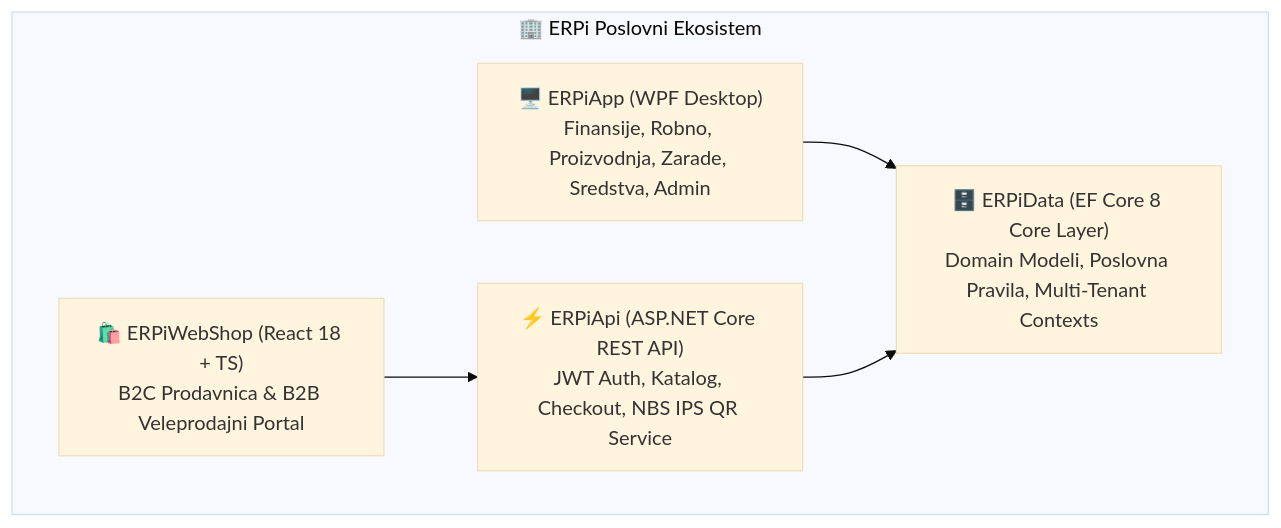
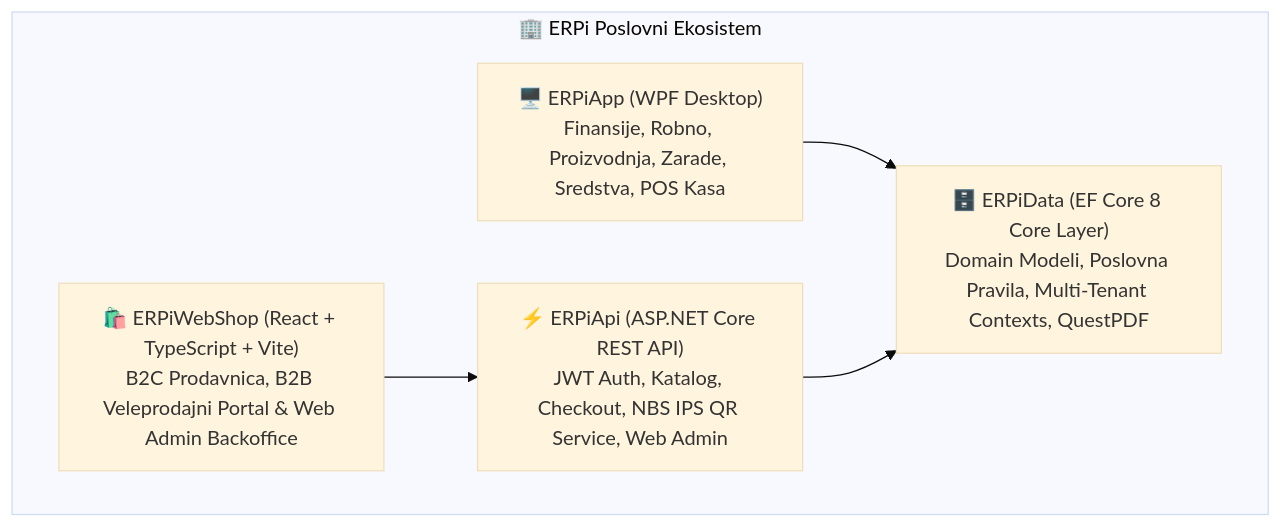
Before and after one commit to blagojevicboban/ERPi: the diagram in README.md, drawn with Mermaid (base theme). The commit also changed other lines of this file and 3 other files, not shown here.

````diff
--- a/README.md
+++ b/README.md
@@ -28,13 +33,13 @@
 ```mermaid
 graph TD
     subgraph "🏢 ERPi Poslovni Ekosistem"
-        DESKTOP["🖥️ ERPiApp (WPF Desktop)<br/>Finansije, Robno, Proizvodnja, Zarade, Sredstva, Admin"]
-        API["⚡ ERPiApi (ASP.NET Core REST API)<br/>JWT Auth, Katalog, Checkout, NBS IPS QR Service"]
-        SHOP["🛍️ ERPiWebShop (React 18 + TS)<br/>B2C Prodavnica & B2B Veleprodajni Portal"]
-        DATA["🗄️ ERPiData (EF Core 8 Core Layer)<br/>Domain Modeli, Poslovna Pravila, Multi-Tenant Contexts"]
+        DESKTOP["🖥️ ERPiApp (WPF Desktop)<br/>Finansije, Robno, Proizvodnja, Zarade, Sredstva, POS Kasa"]
+        API["⚡ ERPiApi (ASP.NET Core REST API)<br/>JWT Auth, Katalog, Checkout, NBS IPS QR Service, Web Admin"]
+        SHOP["🛍️ ERPiWebShop (React + TypeScript + Vite)<br/>B2C Prodavnica, B2B Veleprodajni Portal & Web Admin Backoffice"]
+        DATA["🗄️ ERPiData (EF Core 8 Core Layer)<br/>Domain Modeli, Poslovna Pravila, Multi-Tenant Contexts, QuestPDF"]
     end
 
     DESKTOP --> DATA
     API --> DATA
     SHOP --> API
 ```
````
